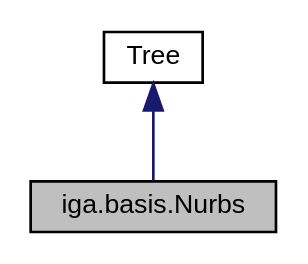
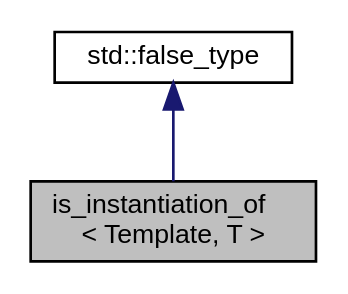
The diagram in d7/d1d/a01554.dot (rath3t/dune-iga-doc), drawn with Graphviz before and after one commit. The commit also changed 583 other files, not shown here.

```diff
--- a/d7/d1d/a01554.dot
+++ b/d7/d1d/a01554.dot
@@ -1,9 +1,9 @@
-digraph "iga.basis.Nurbs"
+digraph "is_instantiation_of&lt; Template, T &gt;"
 {
  // LATEX_PDF_SIZE
   edge [fontname="Helvetica",fontsize="10",labelfontname="Helvetica",labelfontsize="10"];
   node [fontname="Helvetica",fontsize="10",shape=record];
-  Node1 [label="iga.basis.Nurbs",height=0.2,width=0.4,color="black", fillcolor="grey75", style="filled", fontcolor="black",tooltip=" "];
+  Node1 [label="is_instantiation_of\l\< Template, T \>",height=0.2,width=0.4,color="black", fillcolor="grey75", style="filled", fontcolor="black",tooltip=" "];
   Node2 -> Node1 [dir="back",color="midnightblue",fontsize="10",style="solid",fontname="Helvetica"];
-  Node2 [label="Tree",height=0.2,width=0.4,color="black", fillcolor="white", style="filled",tooltip=" "];
+  Node2 [label="std::false_type",height=0.2,width=0.4,color="black", fillcolor="white", style="filled",tooltip=" "];
 }
```
